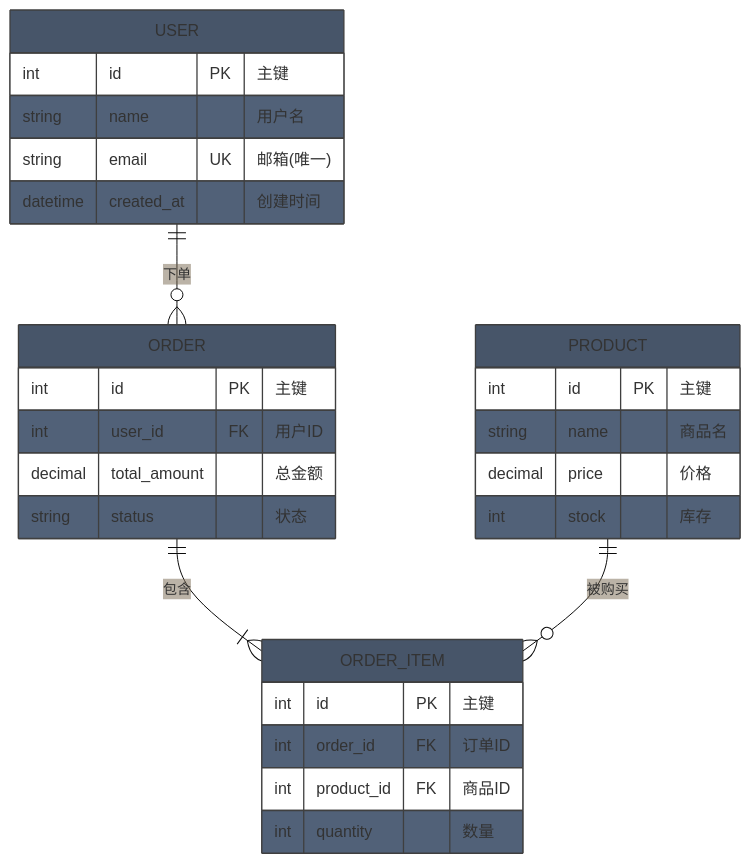
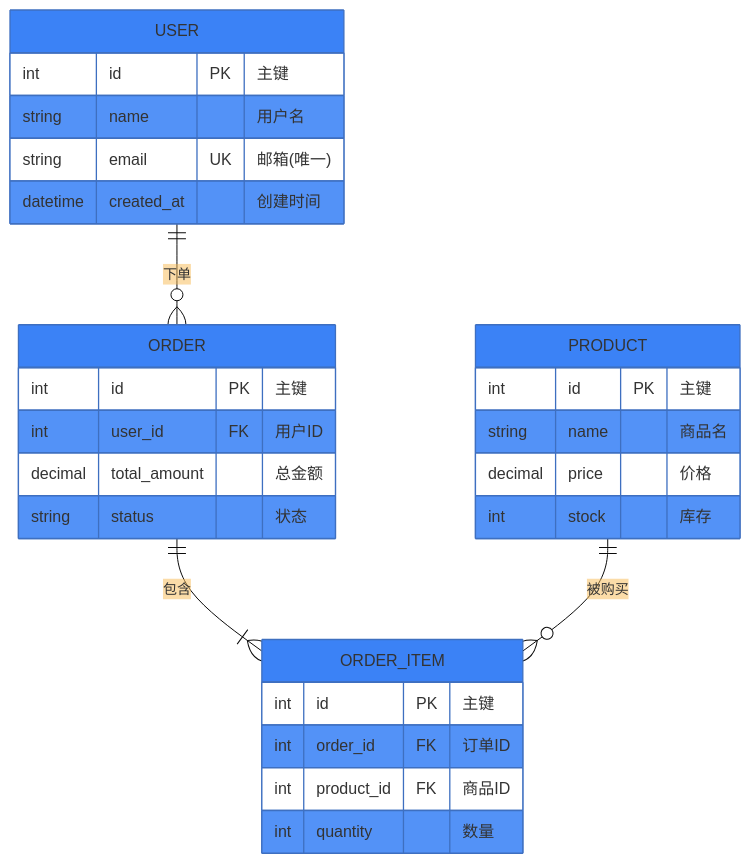
Before and after one commit to unix2dos/skills: the ninth of 17 diagrams in mermaid-generator/SKILL.md, drawn with Mermaid. The commit also changed other lines of this file, not shown here.

Commit message:
feat: Update Mermaid theme colors to a brighter blue palette

````diff
--- a/mermaid-generator/SKILL.md
+++ b/mermaid-generator/SKILL.md
@@ -296,34 +296,34 @@
 ```mermaid
-%%{init: {'theme': 'base', 'themeVariables': {'primaryColor': '#475569'}}}%%
+%%{init: {'theme': 'base', 'themeVariables': {'primaryColor': '#3B82F6'}}}%%
 erDiagram
     USER ||--o{ ORDER : "下单"
     USER {
         int id PK "主键"
         string name "用户名"
         string email UK "邮箱(唯一)"
         datetime created_at "创建时间"
     }
 
     ORDER ||--|{ ORDER_ITEM : "包含"
     ORDER {
         int id PK "主键"
         int user_id FK "用户ID"
         decimal total_amount "总金额"
         string status "状态"
     }
 
     PRODUCT ||--o{ ORDER_ITEM : "被购买"
     PRODUCT {
         int id PK "主键"
         string name "商品名"
         decimal price "价格"
         int stock "库存"
     }
 
     ORDER_ITEM {
         int id PK "主键"
         int order_id FK "订单ID"
         int product_id FK "商品ID"
         int quantity "数量"
     }
 ```
````
